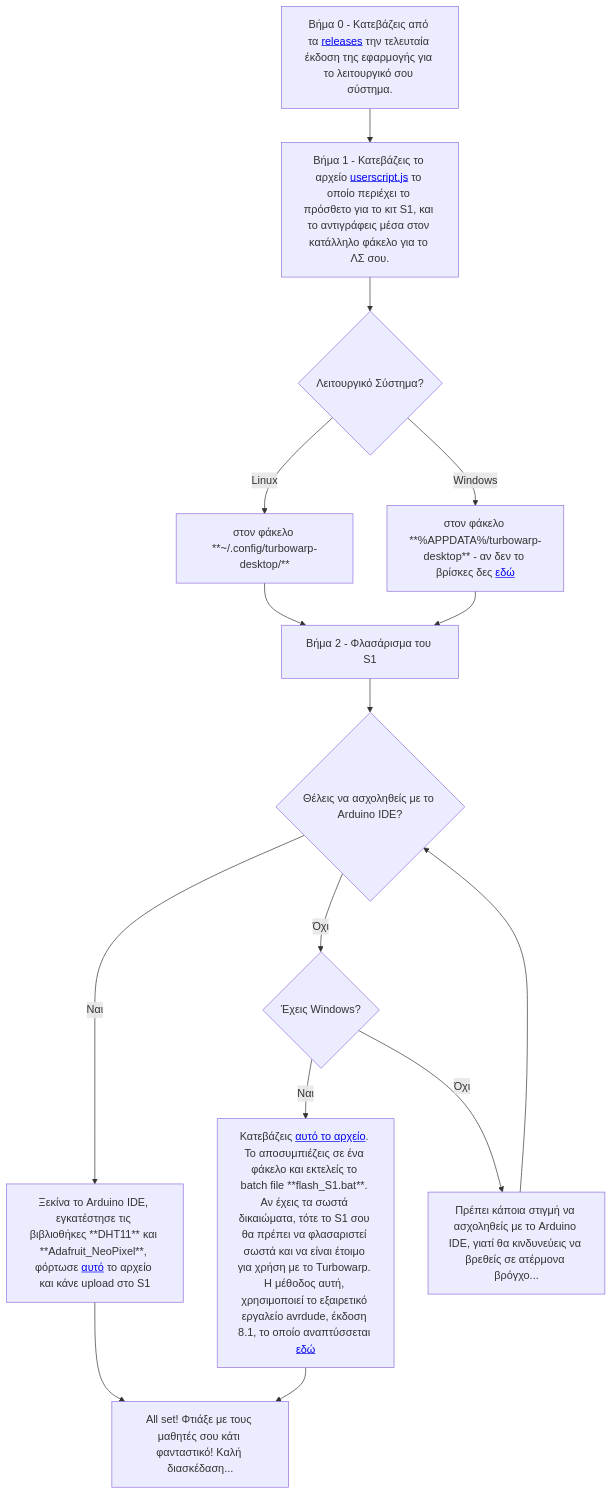
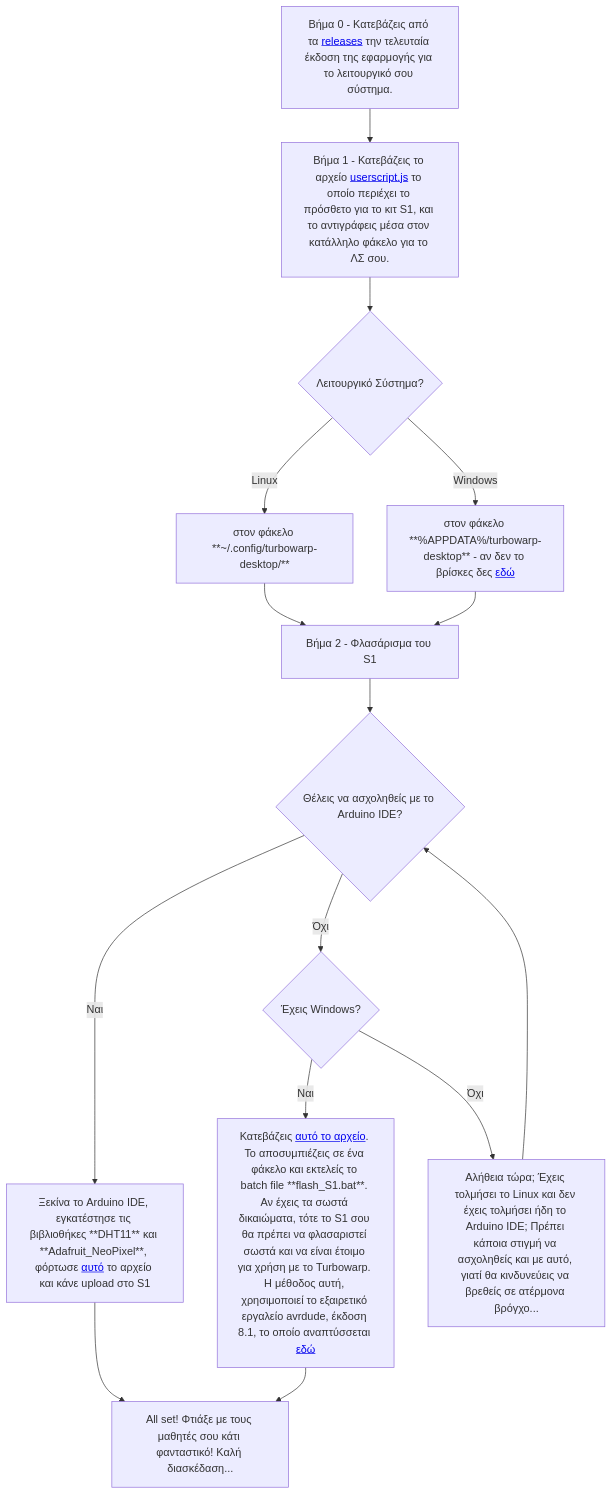
One commit to ale3andro/turbowarp_alx changed the diagram in alx/README.md. Above: the diagram before and after it, drawn with Mermaid.

Commit message:
Προσθήκη διαγράμματος ροής

````diff
--- a/alx/README.md
+++ b/alx/README.md
@@ -8,26 +8,26 @@
 ```mermaid
 
 flowchart TD
   A[ Βήμα 0 - Κατεβάζεις από τα <a href="https://github.com/ale3andro/turbowarp_alx/releases">releases</a> την τελευταία έκδοση της εφαρμογής για το λειτουργικό σου σύστημα.] 
   
   --> B[ Βήμα 1 - Κατεβάζεις το αρχείο <a href="https://github.com/ale3andro/turbowarp_alx/blob/main/alx/userscript.js">userscript.js</a> το οποίο περιέχει το πρόσθετο για το κιτ S1, και το αντιγράφεις μέσα στον κατάλληλο φάκελο για το ΛΣ σου.]
 
   --> C{Λειτουργικό Σύστημα?}
 
   C --> |Linux| D[στον φάκελο **~/.config/turbowarp-desktop/**] --> F
 
   C --> |Windows| E[στον φάκελο **%APPDATA%/turbowarp-desktop** - αν δεν το βρίσκες δες <a href="https://github.com/ale3andro/turbowarp_alx/blob/main/alx/README_how_find_the_user_folder.md">εδώ</a>] --> F
 
   F[Βήμα 2 - Φλασάρισμα του S1] --> G{Θέλεις να ασχοληθείς με το Arduino IDE?}
 
   G --> |Ναι| H[Ξεκίνα το Arduino IDE, εγκατέστησε τις βιβλιοθήκες **DHT11** και **Adafruit_NeoPixel**, φόρτωσε <a href="https://github.com/ale3andro/turbowarp_alx/blob/main/alx/s1-arduino.ino">αυτό</a> το αρχείο και κάνε upload στο S1] --> L
 
   G --> |Όχι| I{Έχεις Windows?}
 
   I --> |Ναι| J[Κατεβάζεις <a href="https://github.com/ale3andro/turbowarp_alx/blob/main/alx/windows-helper/flash_s1_windows.zip">αυτό το αρχείο</a>. Το αποσυμπιέζεις σε ένα φάκελο και εκτελείς το batch file **flash_S1.bat**. Αν έχεις τα σωστά δικαιώματα, τότε το S1 σου θα πρέπει να φλασαριστεί σωστά και να είναι έτοιμο για χρήση με το Turbowarp. Η μέθοδος αυτή, χρησιμοποιεί το εξαιρετικό εργαλείο avrdude, έκδοση 8.1, το οποίο αναπτύσσεται <a href="https://github.com/avrdudes/avrdude">εδώ</a>] --> L
 
-  I --> |Όχι| K[Πρέπει κάποια στιγμή να ασχοληθείς με το Arduino IDE, γιατί θα κινδυνεύεις να βρεθείς σε ατέρμονα βρόγχο...] --> G
+  I --> |Όχι| K[Αλήθεια τώρα; Έχεις τολμήσει το Linux και δεν έχεις τολμήσει ήδη το Arduino IDE; Πρέπει κάποια στιγμή να ασχοληθείς και με αυτό, γιατί θα κινδυνεύεις να βρεθείς σε ατέρμονα βρόγχο...] --> G
 
   L[All set! Φτιάξε με τους μαθητές σου κάτι φανταστικό! Καλή διασκέδαση...]
 
 ```
````
